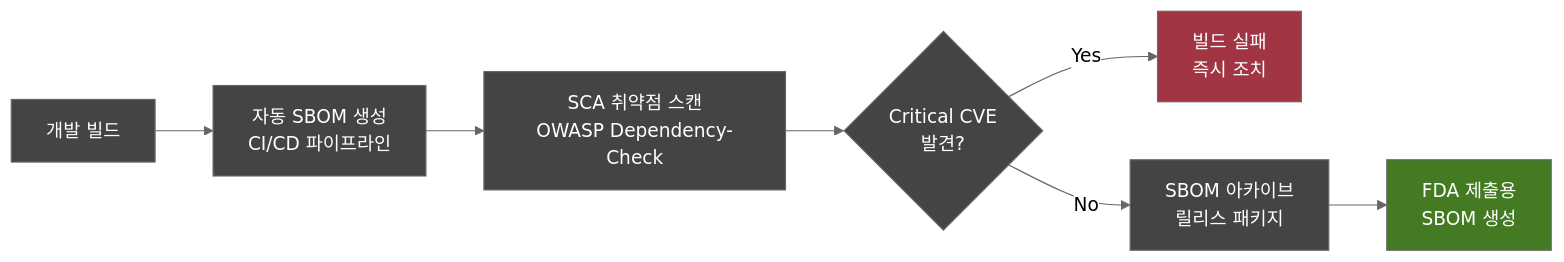
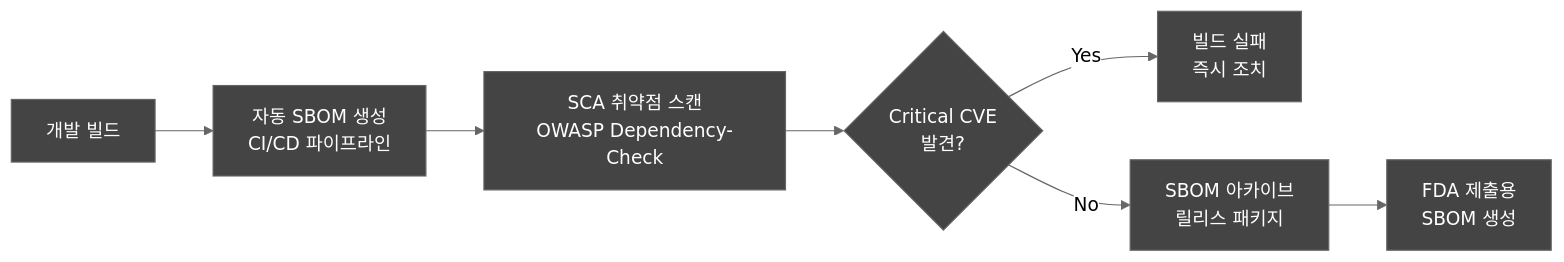
One commit to holee9/console-gui changed the first of 5 diagrams in docs/regulatory/DOC-019_SBOM_v1.0.md. Above: the diagram before and after it, drawn with Mermaid (neutral theme). The commit also changed other lines of this file and 35 other files, not shown here.

First line of the commit message:
fix: 전체 Mermaid 차트 색상 진한 회색 통일

````diff
--- a/docs/regulatory/DOC-019_SBOM_v1.0.md
+++ b/docs/regulatory/DOC-019_SBOM_v1.0.md
@@ -69,13 +69,13 @@
 ```mermaid
 flowchart LR
     A[개발 빌드] --> B[자동 SBOM 생성<br/>CI/CD 파이프라인]
     B --> C[SCA 취약점 스캔<br/>OWASP Dependency-Check]
     C --> D{Critical CVE<br/>발견?}
     D -->|Yes| E[빌드 실패<br/>즉시 조치]
     D -->|No| F[SBOM 아카이브<br/>릴리스 패키지]
     F --> G[FDA 제출용<br/>SBOM 생성]
     
     classDef default fill:#444,stroke:#666,color:#fff
-    style E fill:#A13544,color:#fff
-    style G fill:#437A22,color:#fff
+    style E fill:#444,color:#fff
+    style G fill:#444,color:#fff
 ```
````
